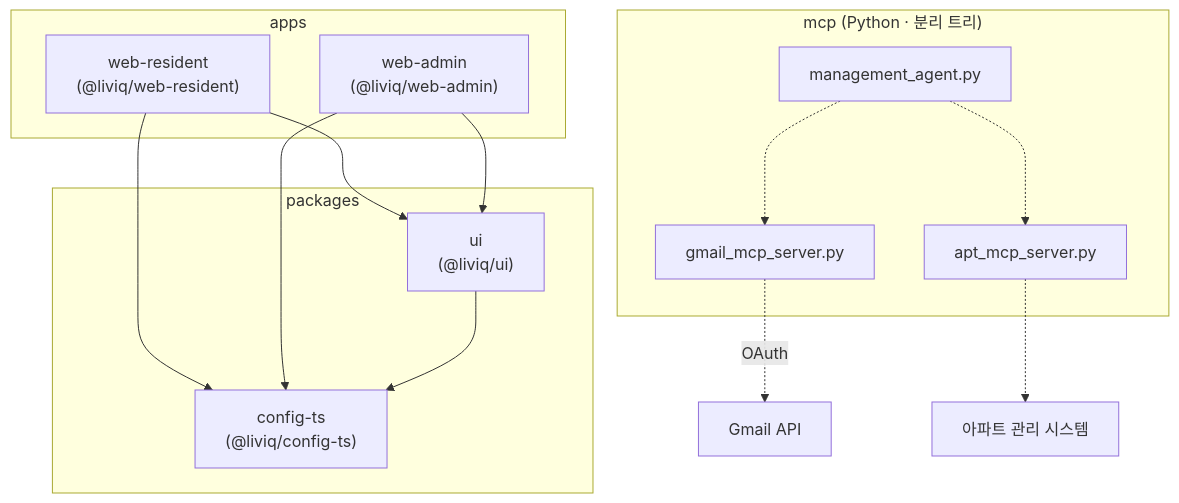
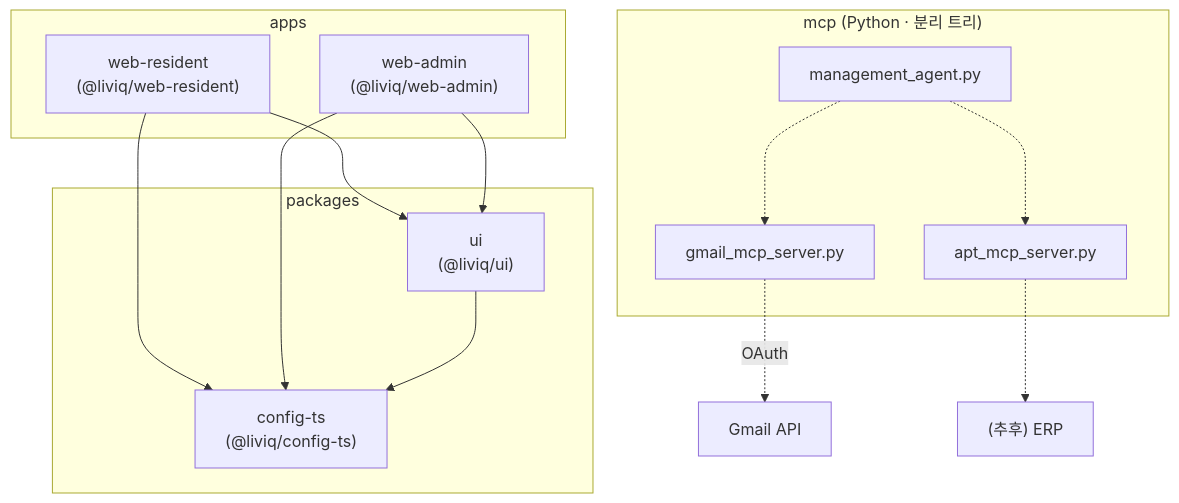
One commit to romis9724/LIVIQ changed the first of 2 diagrams in ARCHITECTURE.md. Above: the diagram before and after it, drawn with Mermaid. The commit also changed other lines of this file and 29 other files, not shown here.

````diff
--- a/ARCHITECTURE.md
+++ b/ARCHITECTURE.md
@@ -13,27 +13,27 @@
 ```mermaid
 graph TD
   subgraph apps
     R["web-resident<br/>(@liviq/web-resident)"]
     A["web-admin<br/>(@liviq/web-admin)"]
   end
   subgraph packages
     UI["ui<br/>(@liviq/ui)"]
     CFG["config-ts<br/>(@liviq/config-ts)"]
   end
   subgraph python["mcp (Python · 분리 트리)"]
     MA["management_agent.py"]
     GM["gmail_mcp_server.py"]
     APT["apt_mcp_server.py"]
   end
 
   R --> UI
   A --> UI
   R --> CFG
   A --> CFG
   UI --> CFG
 
   MA -.-> GM
   MA -.-> APT
   GM -.->|OAuth| EXT["Gmail API"]
-  APT -.-> ERP["아파트 관리 시스템"]
+  APT -.-> ERP["(추후) ERP"]
 ```
````
